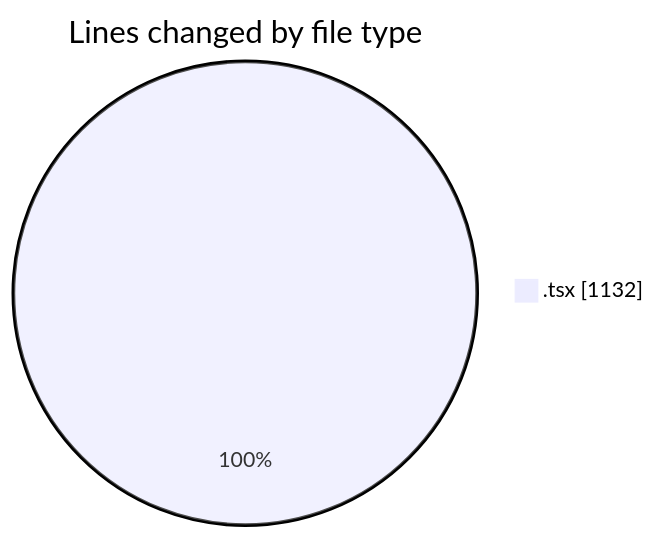
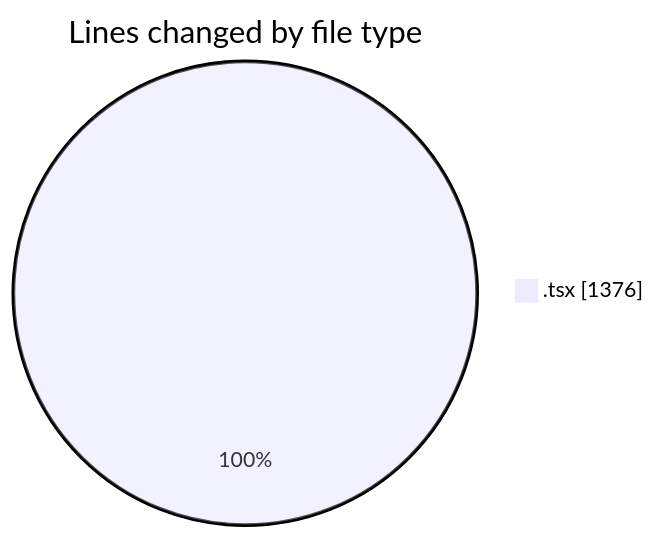
Before and after one commit to momahboobian/code-tracking: the first of 2 diagrams in 2026-09-10/cda/README.md, drawn with Mermaid. The commit also changed other lines of this file and 1 other file, not shown here.

````diff
--- a/2026-09-10/cda/README.md
+++ b/2026-09-10/cda/README.md
@@ -24,5 +25,5 @@
 ```mermaid
 pie showData
 title Lines changed by file type
-".tsx" : 1132
+".tsx" : 1376
 ```
````
